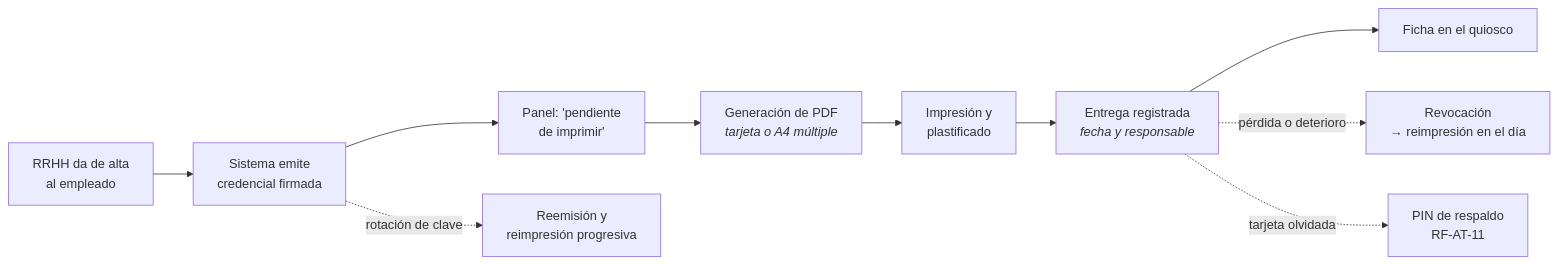
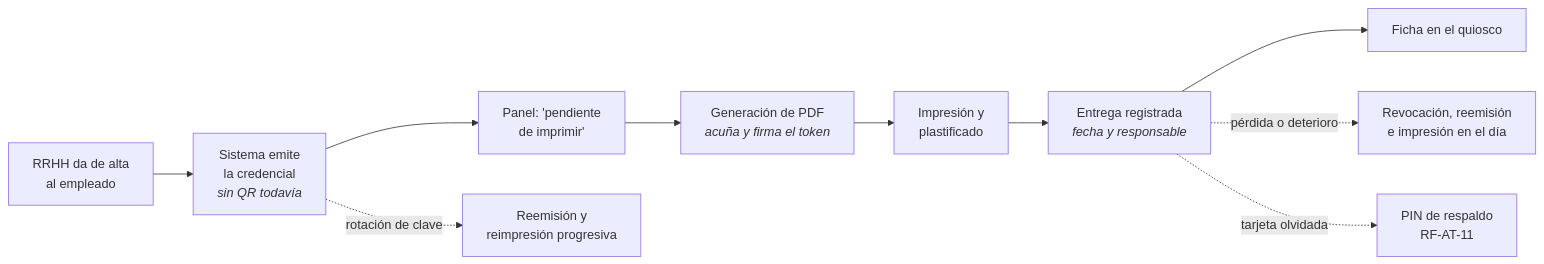
Before and after one commit to BorjaPeonSaiz/KronoQR: the fourth of 6 diagrams in docs/02-stack-tecnologico-y-plan-implementacion.md, drawn with Mermaid. The commit also changed other lines of this file and 821 other files, not shown here.

````diff
--- a/docs/02-stack-tecnologico-y-plan-implementacion.md
+++ b/docs/02-stack-tecnologico-y-plan-implementacion.md
@@ -565,13 +570,13 @@
 ```mermaid
 graph LR
-    A["RRHH da de alta<br/>al empleado"] --> B["Sistema emite<br/>credencial firmada"]
+    A["RRHH da de alta<br/>al empleado"] --> B["Sistema emite<br/>la credencial<br/><i>sin QR todavía</i>"]
     B --> C["Panel: 'pendiente<br/>de imprimir'"]
-    C --> D["Generación de PDF<br/><i>tarjeta o A4 múltiple</i>"]
+    C --> D["Generación de PDF<br/><i>acuña y firma el token</i>"]
     D --> E["Impresión y<br/>plastificado"]
     E --> F["Entrega registrada<br/><i>fecha y responsable</i>"]
     F --> G["Ficha en el quiosco"]
 
-    F -.->|pérdida o deterioro| H["Revocación<br/>→ reimpresión en el día"]
+    F -.->|pérdida o deterioro| H["Revocación, reemisión<br/>e impresión en el día"]
     F -.->|tarjeta olvidada| I["PIN de respaldo<br/>RF-AT-11"]
     B -.->|rotación de clave| J["Reemisión y<br/>reimpresión progresiva"]
 ```
````
